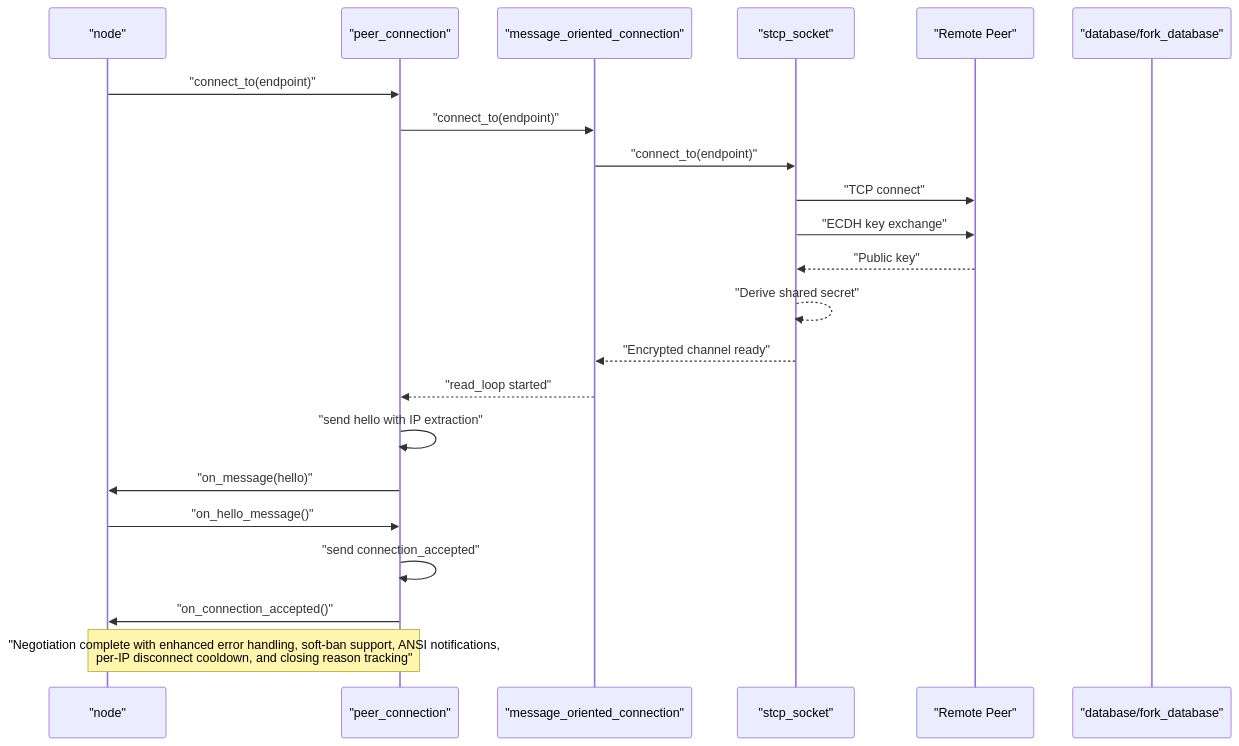
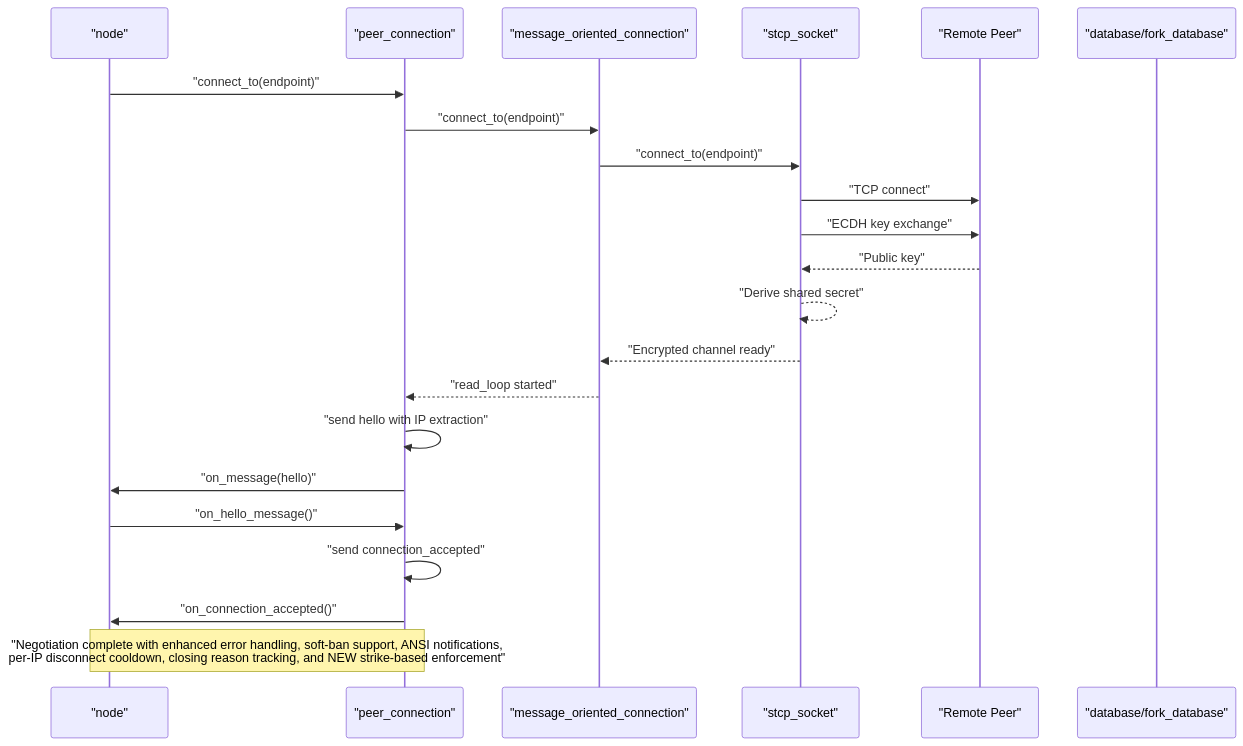
One commit to VIZ-Blockchain/viz-cpp-node changed the second of 14 diagrams in .qoder/repowiki/en/content/Architecture Overview/Core Libraries/Network Library/Peer Connection Management.md. Above: the diagram before and after it, drawn with Mermaid. The commit also changed other lines of this file and 5 other files, not shown here.

````diff
--- a/.qoder/repowiki/en/content/Architecture Overview/Core Libraries/Network Library/Peer Connection Management.md
+++ b/.qoder/repowiki/en/content/Architecture Overview/Core Libraries/Network Library/Peer Connection Management.md
@@ -189,24 +195,24 @@
 ```mermaid
 sequenceDiagram
 participant Node as "node"
 participant Peer as "peer_connection"
 participant MOC as "message_oriented_connection"
 participant STCP as "stcp_socket"
 participant Remote as "Remote Peer"
 participant Chain as "database/fork_database"
 Node->>Peer : "connect_to(endpoint)"
 Peer->>MOC : "connect_to(endpoint)"
 MOC->>STCP : "connect_to(endpoint)"
 STCP->>Remote : "TCP connect"
 STCP->>Remote : "ECDH key exchange"
 Remote-->>STCP : "Public key"
 STCP-->>STCP : "Derive shared secret"
 STCP-->>MOC : "Encrypted channel ready"
 MOC-->>Peer : "read_loop started"
 Peer->>Peer : "send hello with IP extraction"
 Peer->>Node : "on_message(hello)"
 Node->>Peer : "on_hello_message()"
 Peer->>Peer : "send connection_accepted"
 Peer->>Node : "on_connection_accepted()"
-Note over Node,Peer : "Negotiation complete with enhanced error handling, soft-ban support, ANSI notifications,<br/>per-IP disconnect cooldown, and closing reason tracking"
+Note over Node,Peer : "Negotiation complete with enhanced error handling, soft-ban support, ANSI notifications,<br/>per-IP disconnect cooldown, closing reason tracking, and NEW strike-based enforcement"
 ```
````
